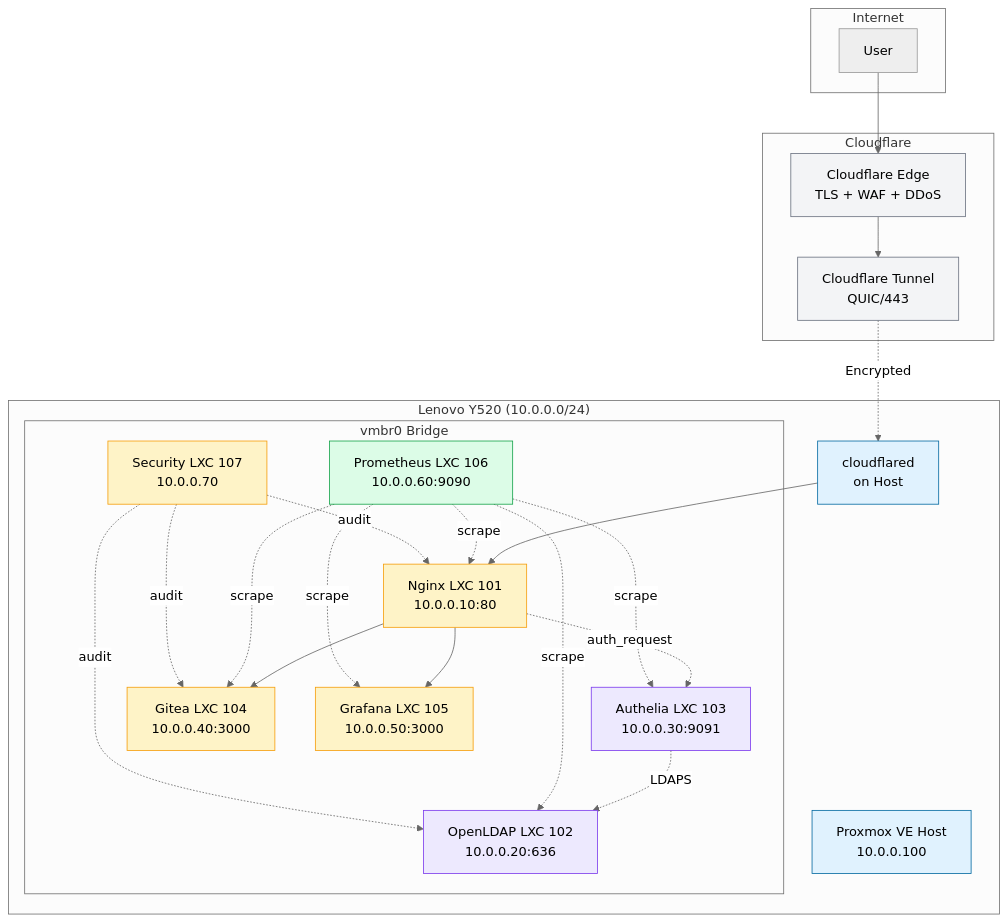
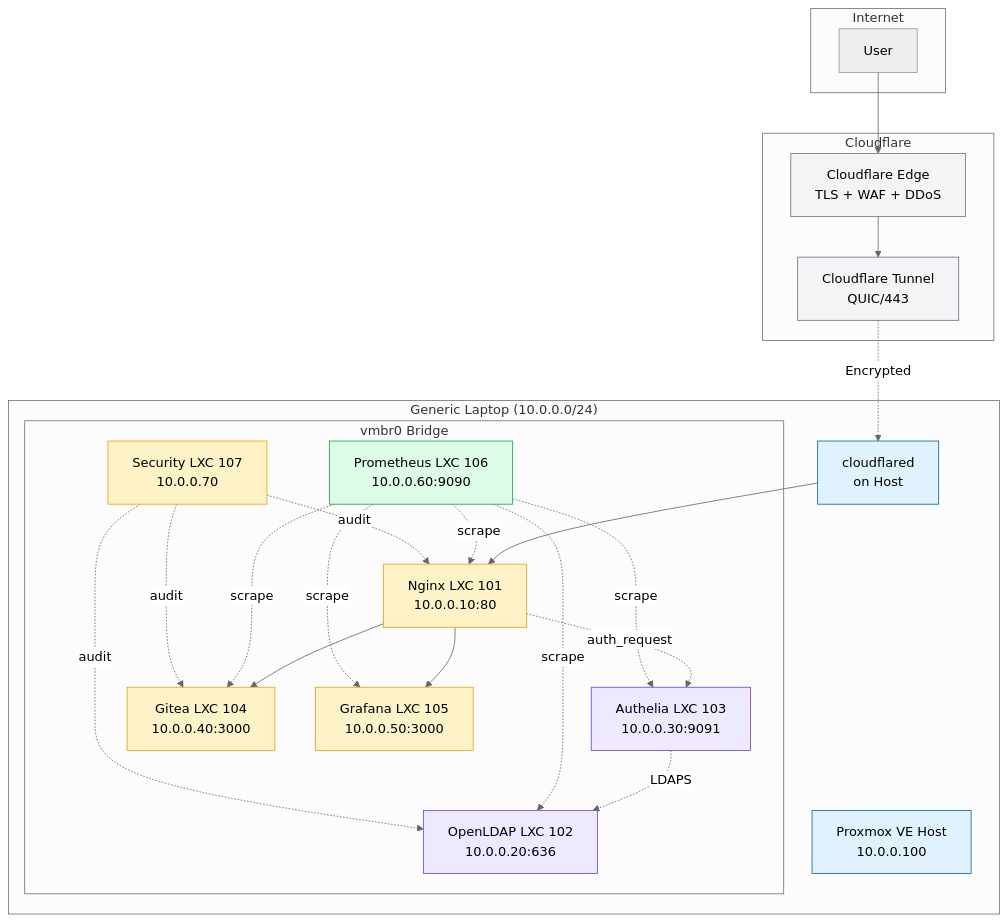
The diagram in diagrams/architecture.mmd (dmaljkovic/proxmox-homelab), drawn with Mermaid (neutral theme) before and after one commit. The commit also changed 5 other files, not shown here.

```diff
--- a/diagrams/architecture.mmd
+++ b/diagrams/architecture.mmd
@@ -1,53 +1,53 @@
 graph TB
     subgraph Internet
         User[User]
     end
     
     subgraph "Cloudflare"
         Edge[Cloudflare Edge<br/>TLS + WAF + DDoS]
         Tunnel[Cloudflare Tunnel<br/>QUIC/443]
     end
     
-    subgraph "Lenovo Y520 (10.0.0.0/24)"
+    subgraph "Generic Laptop (10.0.0.0/24)"
         Host[Proxmox VE Host<br/>10.0.0.100]
         CF[cloudflared<br/>on Host]
         
         subgraph "vmbr0 Bridge"
             Nginx[Nginx LXC 101<br/>10.0.0.10:80]
             LDAP[OpenLDAP LXC 102<br/>10.0.0.20:636]
             Authelia[Authelia LXC 103<br/>10.0.0.30:9091]
             Gitea[Gitea LXC 104<br/>10.0.0.40:3000]
             Grafana[Grafana LXC 105<br/>10.0.0.50:3000]
             Prom[Prometheus LXC 106<br/>10.0.0.60:9090]
             Sec[Security LXC 107<br/>10.0.0.70]
         end
     end
     
     User --> Edge
     Edge --> Tunnel
     Tunnel -.->|Encrypted| CF
     CF --> Nginx
     Nginx -.->|auth_request| Authelia
     Authelia -.->|LDAPS| LDAP
     Nginx --> Gitea
     Nginx --> Grafana
     Prom -.->|scrape| Nginx
     Prom -.->|scrape| Gitea
     Prom -.->|scrape| Grafana
     Prom -.->|scrape| Authelia
     Prom -.->|scrape| LDAP
     Sec -.->|audit| Nginx
     Sec -.->|audit| LDAP
     Sec -.->|audit| Gitea
     
     classDef cloud fill:#f3f4f6,stroke:#6b7280
     classDef host fill:#e0f2fe,stroke:#0369a1
     classDef lxc fill:#fef3c7,stroke:#f59e0b
     classDef identity fill:#ede9fe,stroke:#7c3aed
     classDef monitoring fill:#dcfce7,stroke:#16a34a
     
     class Edge,Tunnel cloud
     class Host,CF host
     class Nginx,Gitea,Grafana,Sec lxc
     class LDAP,Authelia identity
     class Prom monitoring
```
